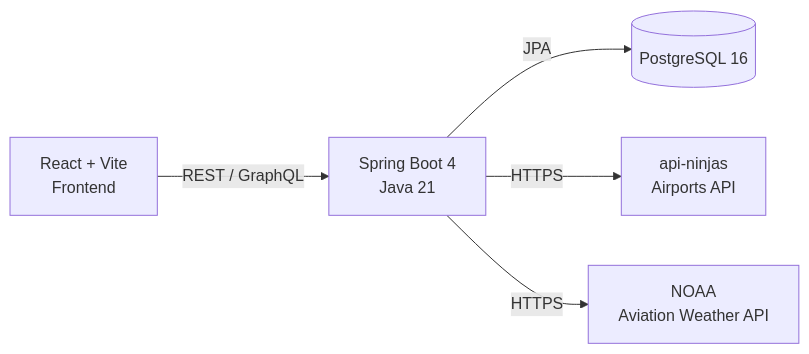
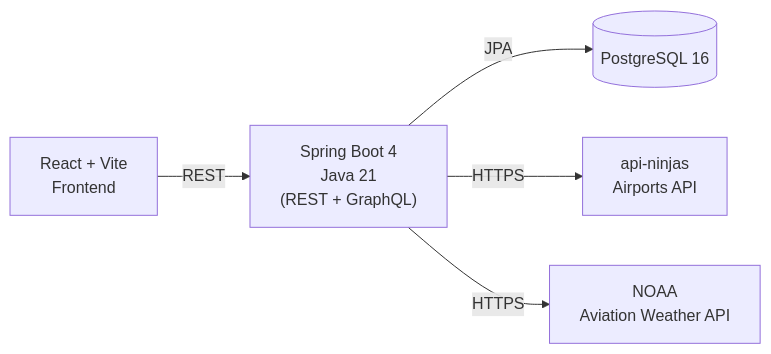
Before and after one commit to BitingRabbit/PilotLogbook: the first of 3 diagrams in README.md, drawn with Mermaid.

Commit message:
docs(readme): small fix in mermaid architecture diagram

````diff
--- a/README.md
+++ b/README.md
@@ -33,7 +33,7 @@
 ```mermaid
 flowchart LR
-    FE["React + Vite<br/>Frontend"] -- "REST / GraphQL" --> BE["Spring Boot 4<br/>Java 21"]
+    FE["React + Vite<br/>Frontend"] -- "REST" --> BE["Spring Boot 4<br/>Java 21<br/>(REST + GraphQL)"]
     BE -- "JPA" --> DB[("PostgreSQL 16")]
     BE -- "HTTPS" --> API["api-ninjas<br/>Airports API"]
     BE -- "HTTPS" --> WX["NOAA<br/>Aviation Weather API"]
 ```
````
